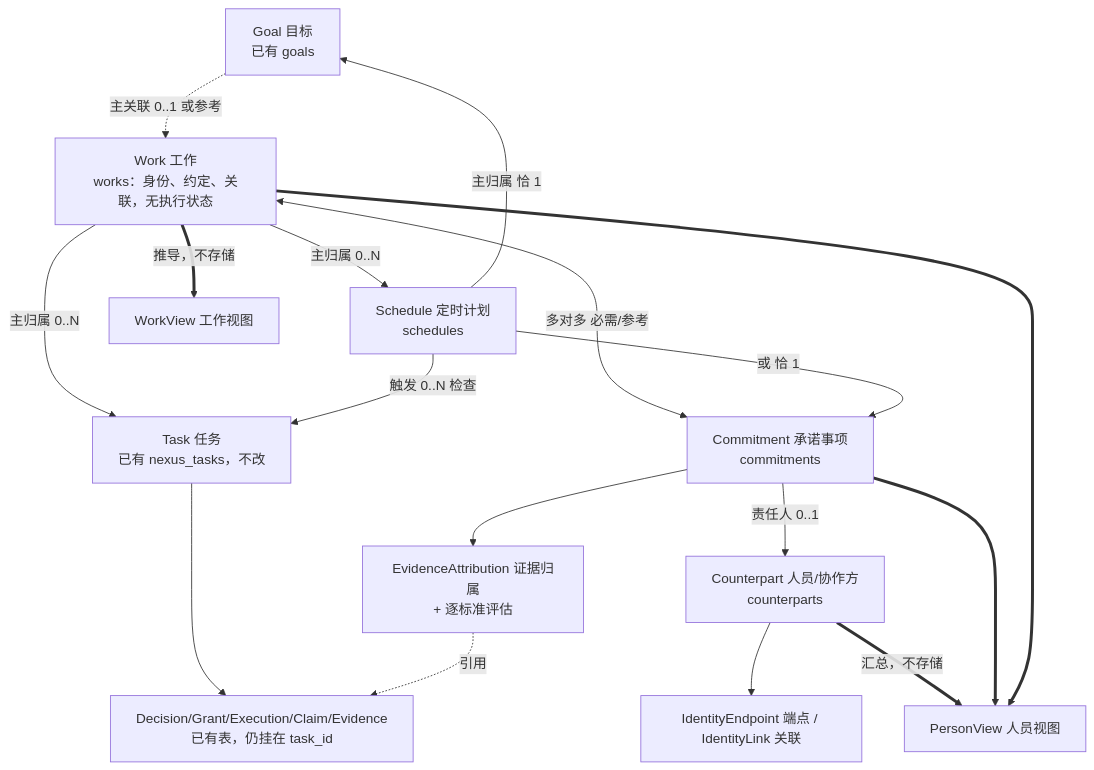
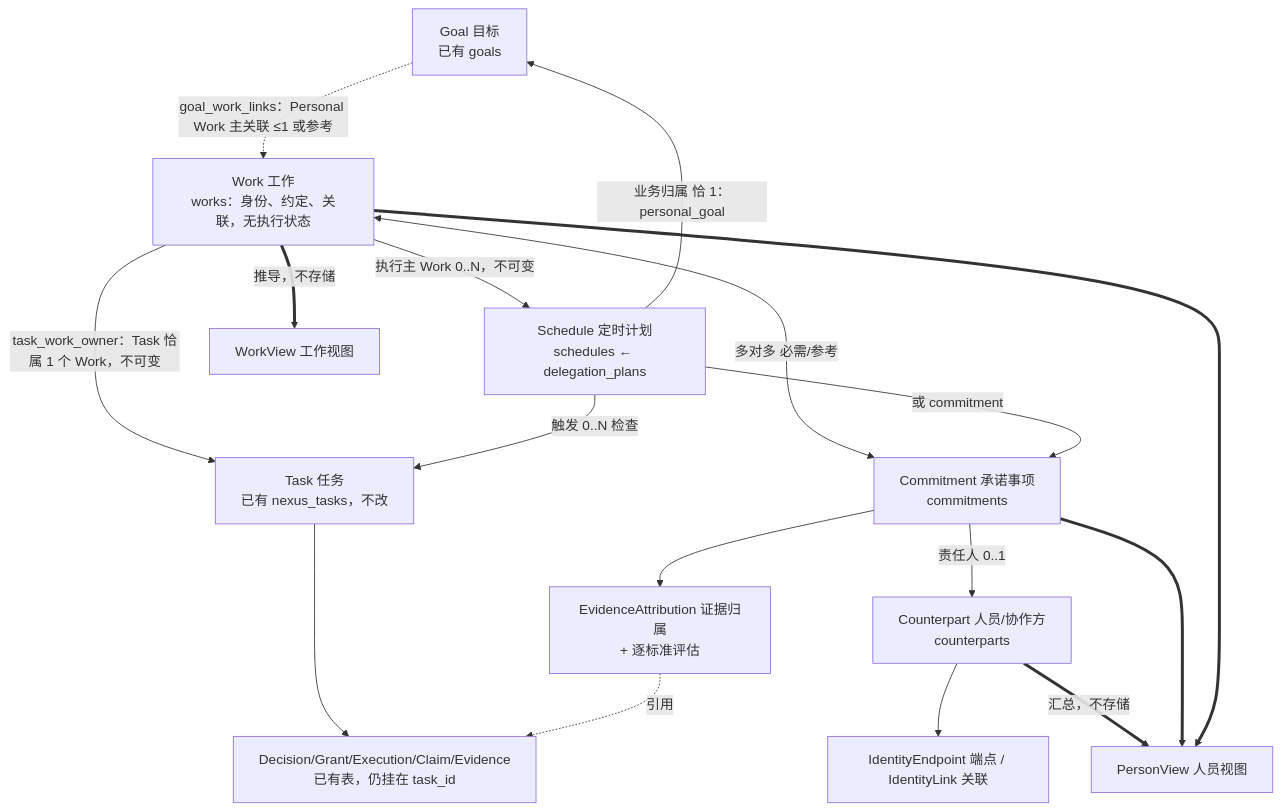
Before and after one commit to Aquaverse/openclaw: the first of 4 diagrams in extensions/nexus-agent-core/docs/implement/nexus-agent-core-prd-object-model-design.md, drawn with Mermaid. The commit also changed other lines of this file, not shown here.

Commit message:
nexus implement md

````diff
--- a/extensions/nexus-agent-core/docs/implement/nexus-agent-core-prd-object-model-design.md
+++ b/extensions/nexus-agent-core/docs/implement/nexus-agent-core-prd-object-model-design.md
@@ -66,20 +53,20 @@
 ```mermaid
 flowchart TD
-    G[Goal 目标<br/>已有 goals] -.->|主关联 0..1 或参考| W
+    G[Goal 目标<br/>已有 goals] -.->|goal_work_links：Personal Work 主关联 ≤1 或参考| W
     W[Work 工作<br/>works：身份、约定、关联，无执行状态]
-    W -->|主归属 0..N| T[Task 任务<br/>已有 nexus_tasks，不改]
+    W -->|task_work_owner：Task 恰属 1 个 Work，不可变| T[Task 任务<br/>已有 nexus_tasks，不改]
     W <-->|多对多 必需/参考| C[Commitment 承诺事项<br/>commitments]
-    W -->|主归属 0..N| S[Schedule 定时计划<br/>schedules]
-    S -->|主归属 恰 1| G
-    S -->|或 恰 1| C
+    W -->|执行主 Work 0..N，不可变| S[Schedule 定时计划<br/>schedules ← delegation_plans]
+    S -->|业务归属 恰 1：personal_goal| G
+    S -->|或 commitment| C
     S -->|触发 0..N 检查| T
     C -->|责任人 0..1| P[Counterpart 人员/协作方<br/>counterparts]
     P --> E[IdentityEndpoint 端点 / IdentityLink 关联]
     T --> X[Decision/Grant/Execution/Claim/Evidence<br/>已有表，仍挂在 task_id]
     C --> A[EvidenceAttribution 证据归属<br/>+ 逐标准评估]
     A -.->|引用| X
     W ==>|推导，不存储| V[WorkView 工作视图]
     P ==>|汇总，不存储| PV[PersonView 人员视图]
     C ==> PV
     W ==> PV
 ```
````
